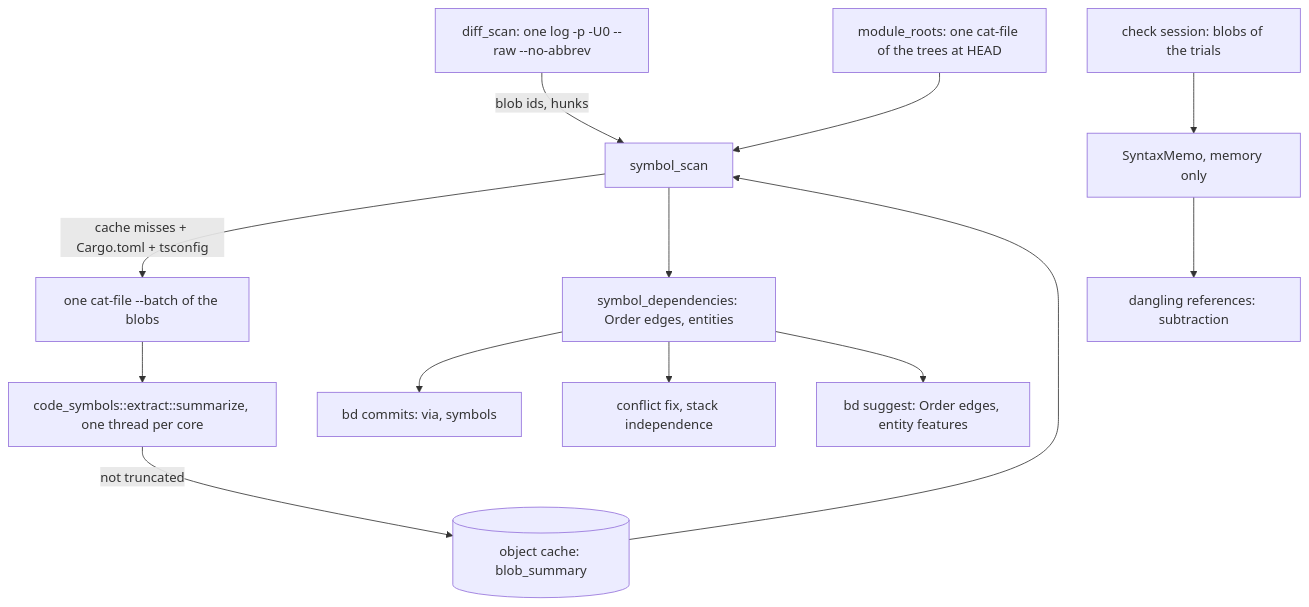
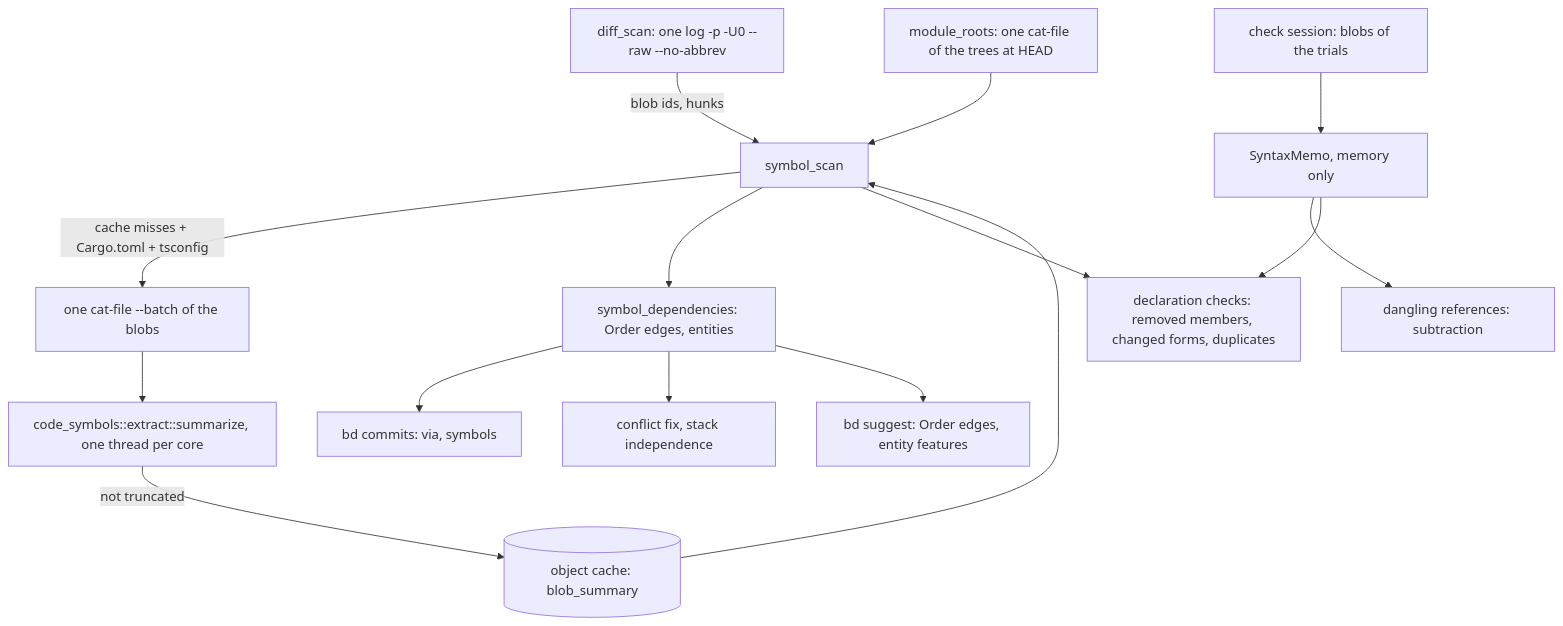
One commit to develar/branch-deck changed the diagram in docs/design/symbol-dependencies.md. Above: the diagram before and after it, drawn with Mermaid. The commit also changed other lines of this file and 50 other files, not shown here.

````diff
--- a/docs/design/symbol-dependencies.md
+++ b/docs/design/symbol-dependencies.md
@@ -46,14 +48,16 @@
 ```mermaid
 flowchart TD
     D[diff_scan: one log -p -U0 --raw --no-abbrev] -->|blob ids, hunks| S[symbol_scan]
     R[module_roots: one cat-file of the trees at HEAD] --> S
     S -->|cache misses + Cargo.toml + tsconfig| C[one cat-file --batch of the blobs]
     C --> P[code_symbols::extract::summarize, one thread per core]
     P -->|not truncated| O[(object cache: blob_summary)]
     O --> S
     S --> G[symbol_dependencies: Order edges, entities]
     G --> B[bd commits: via, symbols]
     G --> F[conflict fix, stack independence]
     G --> U[bd suggest: Order edges, entity features]
     S2[check session: blobs of the trials] --> M[SyntaxMemo, memory only] --> X[dangling references: subtraction]
+    S --> T[declaration checks: removed members, changed forms, duplicates]
+    M --> T
 ```
````
